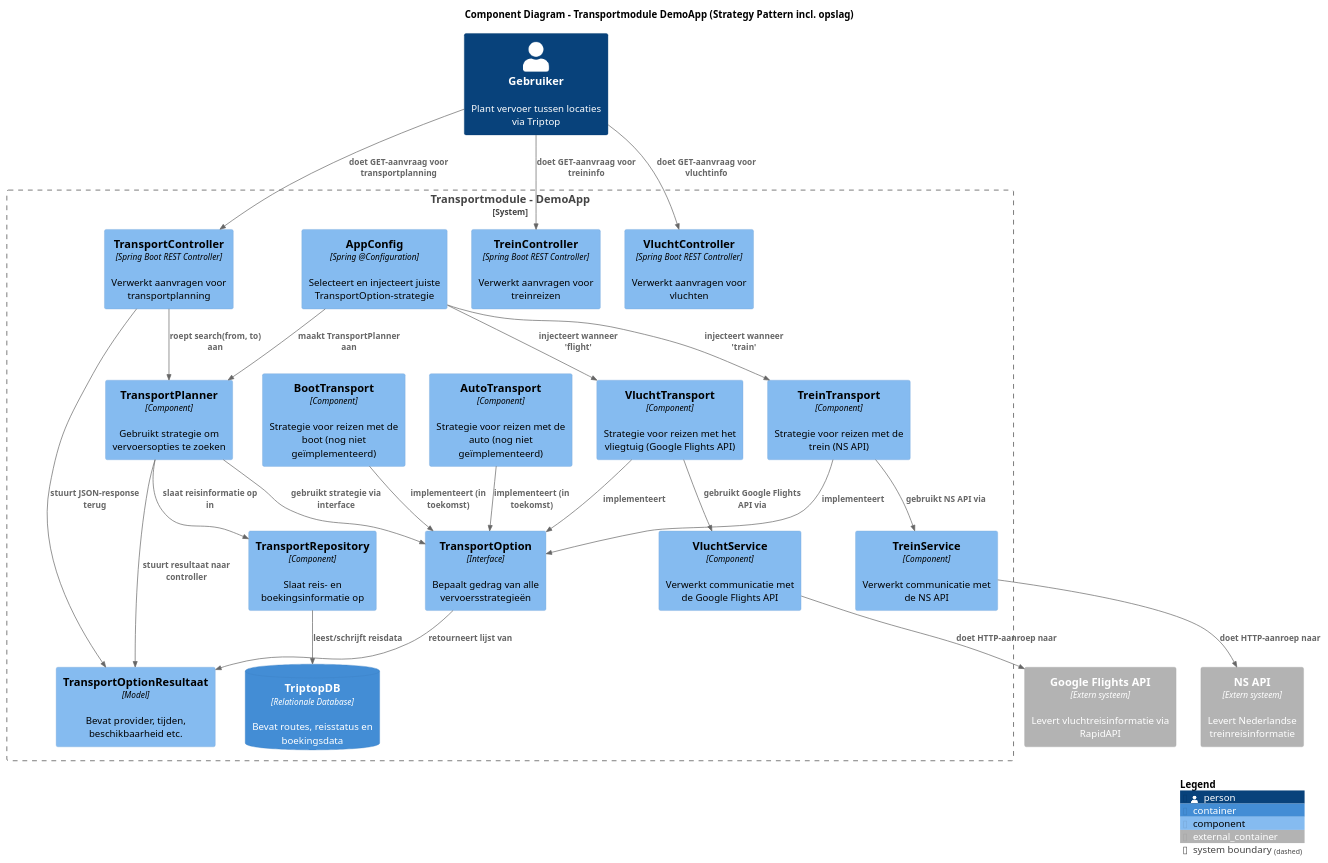
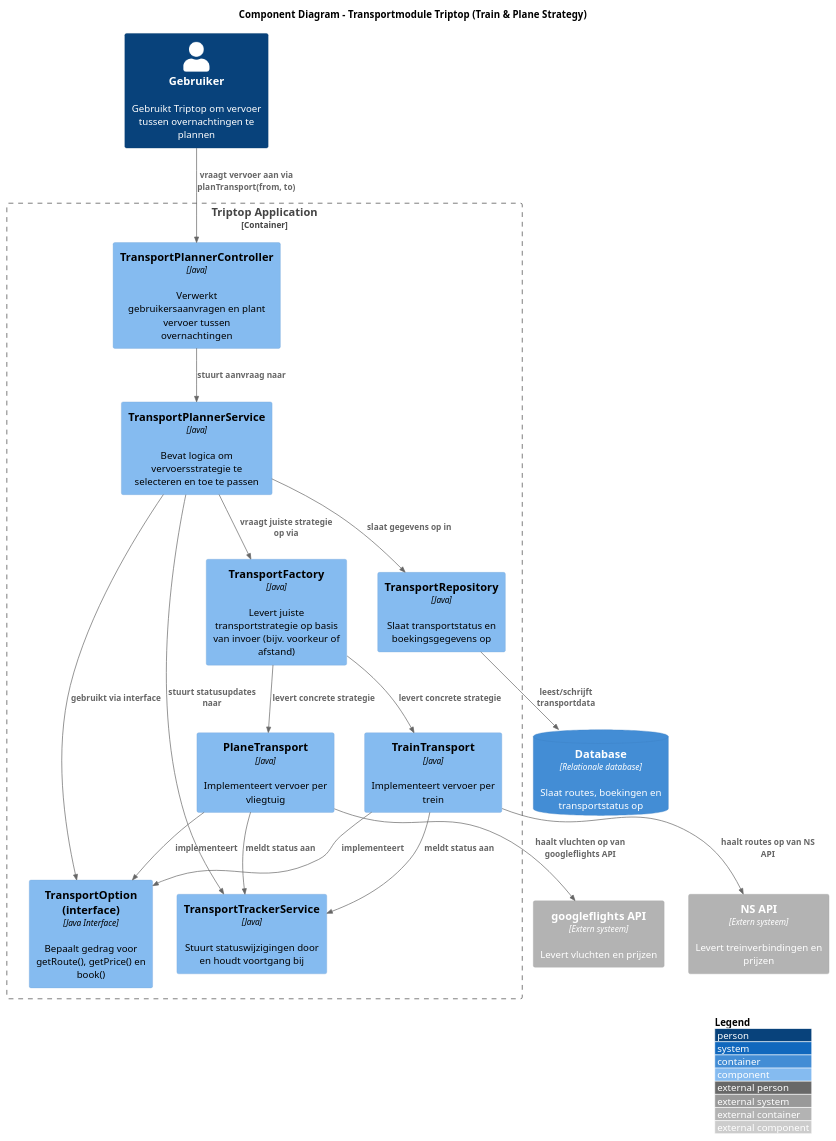
Before and after one commit to AIM-ENE-feb25/triptop-sqr-tech: the diagram in Rick/componentdiagramRick.puml, drawn with PlantUML. The commit also changed 4 other files, not shown here.

```diff
--- a/Rick/componentdiagramRick.puml
+++ b/Rick/componentdiagramRick.puml
@@ -1,87 +1,60 @@
 @startuml
 !include https://raw.githubusercontent.com/plantuml-stdlib/C4-PlantUML/master/C4_Component.puml
+LAYOUT_WITH_LEGEND()
+title Component Diagram – Transportmodule Triptop (Train & Plane Strategy)
 
-title Component Diagram – Transportmodule DemoApp (Strategy Pattern incl. opslag)
+Person(user, "Gebruiker", "Gebruikt Triptop om vervoer tussen overnachtingen te plannen")
 
-' === Actor ===
-Person(user, "Gebruiker", "Plant vervoer tussen locaties via Triptop")
+' Container waarbinnen de componenten bestaan
+Container_Boundary(app, "Triptop Application") {
 
-' === Bounded System: 1 Spring Boot applicatie ===
-System_Boundary(transportSystem, "Transportmodule - DemoApp") {
+  ' Controllers
+  Component(controller, "TransportPlannerController", "Java", "Verwerkt gebruikersaanvragen en plant vervoer tussen overnachtingen")
 
-  ' ===== Controller Layer =====
-  Component(controller, "TransportController", "Spring Boot REST Controller", "Verwerkt aanvragen voor transportplanning")
-  Component(trainCtrl, "TreinController", "Spring Boot REST Controller", "Verwerkt aanvragen voor treinreizen")
-  Component(flightCtrl, "VluchtController", "Spring Boot REST Controller", "Verwerkt aanvragen voor vluchten")
+  ' Services (businesslogica)
+  Component(service, "TransportPlannerService", "Java", "Bevat logica om vervoersstrategie te selecteren en toe te passen")
 
-  ' ===== Service Layer =====
-  Component(plannerService, "TransportPlanner", "Component", "Gebruikt strategie om vervoersopties te zoeken")
+  ' Factory
+  Component(factory, "TransportFactory", "Java", "Levert juiste transportstrategie op basis van invoer (bijv. voorkeur of afstand)")
 
-  ' ===== Repository + Database =====
-  Component(repository, "TransportRepository", "Component", "Slaat reis- en boekingsinformatie op")
-  ContainerDb(database, "TriptopDB", "Relationale Database", "Bevat routes, reisstatus en boekingsdata")
+  ' Transportstrategie-interface
+  Component(interface, "TransportOption (interface)", "Java Interface", "Bepaalt gedrag voor getRoute(), getPrice() en book()")
 
-  ' ===== Configuration Layer =====
-  Component(config, "AppConfig", "Spring @Configuration", "Selecteert en injecteert juiste TransportOption-strategie")
+  ' Concrete strategieën (implementaties)
+  Component(train, "TrainTransport", "Java", "Implementeert vervoer per trein")
+  Component(plane, "PlaneTransport", "Java", "Implementeert vervoer per vliegtuig")
 
-  ' ===== Strategieën & Interface =====
-  Component(strategy, "TransportOption", "Interface", "Bepaalt gedrag van alle vervoersstrategieën")
-
-  Component(trein, "TreinTransport", "Component", "Strategie voor reizen met de trein (NS API)")
-  Component(vlucht, "VluchtTransport", "Component", "Strategie voor reizen met het vliegtuig (Google Flights API)")
-  Component(auto, "AutoTransport", "Component", "Strategie voor reizen met de auto (nog niet geïmplementeerd)")
-  Component(boot, "BootTransport", "Component", "Strategie voor reizen met de boot (nog niet geïmplementeerd)")
-
-  ' ===== API-integratie Services =====
-  Component(treinService, "TreinService", "Component", "Verwerkt communicatie met de NS API")
-  Component(vluchtService, "VluchtService", "Component", "Verwerkt communicatie met de Google Flights API")
-
-  ' ===== Model =====
-  Component(resultaat, "TransportOptionResultaat", "Model", "Bevat provider, tijden, beschikbaarheid etc.")
+  ' Opslag en tracking
+  Component(repo, "TransportRepository", "Java", "Slaat transportstatus en boekingsgegevens op")
+  Component(tracker, "TransportTrackerService", "Java", "Stuurt statuswijzigingen door en houdt voortgang bij")
 }
 
-' ===== Externe systemen =====
-Container_Ext(nsapi, "NS API", "Extern systeem", "Levert Nederlandse treinreisinformatie")
-Container_Ext(googleflightsapi, "Google Flights API", "Extern systeem", "Levert vluchtreisinformatie via RapidAPI")
+' Database
+ContainerDb(database, "Database", "Relationale database", "Slaat routes, boekingen en transportstatus op")
 
-' ===== Gebruiker naar controller =====
-Rel(user, controller, "doet GET-aanvraag voor transportplanning")
-Rel(user, trainCtrl, "doet GET-aanvraag voor treininfo")
-Rel(user, flightCtrl, "doet GET-aanvraag voor vluchtinfo")
+' Externe services (buiten het systeem! alleen wat nodig is)
+Container_Ext(nsapi, "NS API", "Extern systeem", "Levert treinverbindingen en prijzen")
+Container_Ext(googleflightsapi, "googleflights API", "Extern systeem", "Levert vluchten en prijzen")
 
-' ===== Controller naar planner/service laag =====
-Rel(controller, plannerService, "roept search(from, to) aan")
-Rel(plannerService, strategy, "gebruikt strategie via interface")
+' Relaties
+Rel(user, controller, "vraagt vervoer aan via planTransport(from, to)")
+Rel(controller, service, "stuurt aanvraag naar")
+Rel(service, factory, "vraagt juiste strategie op via")
+Rel(factory, train, "levert concrete strategie")
+Rel(factory, plane, "levert concrete strategie")
 
-' ===== Strategie implementaties =====
-Rel(trein, strategy, "implementeert")
-Rel(vlucht, strategy, "implementeert")
-Rel(auto, strategy, "implementeert (in toekomst)")
-Rel(boot, strategy, "implementeert (in toekomst)")
+Rel(train, interface, "implementeert")
+Rel(plane, interface, "implementeert")
+Rel(service, interface, "gebruikt via interface")
 
-' ===== Config injecteert strategieën en planner =====
-Rel(config, plannerService, "maakt TransportPlanner aan")
-Rel(config, trein, "injecteert wanneer 'train'")
-Rel(config, vlucht, "injecteert wanneer 'flight'")
+Rel(service, repo, "slaat gegevens op in")
+Rel(repo, database, "leest/schrijft transportdata")
+Rel(service, tracker, "stuurt statusupdates naar")
 
-' ===== Strategie gebruikt service voor API-aanroepen =====
-Rel(trein, treinService, "gebruikt NS API via")
-Rel(vlucht, vluchtService, "gebruikt Google Flights API via")
+Rel(train, tracker, "meldt status aan")
+Rel(plane, tracker, "meldt status aan")
 
-' ===== Services communiceren met externe APIs =====
-Rel(treinService, nsapi, "doet HTTP-aanroep naar")
-Rel(vluchtService, googleflightsapi, "doet HTTP-aanroep naar")
+Rel(train, nsapi, "haalt routes op van NS API")
+Rel(plane, googleflightsapi, "haalt vluchten op van googleflights API")
 
-' ===== Opslaglaag =====
-Rel(plannerService, repository, "slaat reisinformatie op in")
-Rel(repository, database, "leest/schrijft reisdata")
-
-' ===== Resultaatmodel stroom =====
-Rel(strategy, resultaat, "retourneert lijst van")
-Rel(plannerService, resultaat, "stuurt resultaat naar controller")
-Rel(controller, resultaat, "stuurt JSON-response terug")
-
-' === Legenda ===
-' Voeg een blok toe onderaan het diagram
-SHOW_LEGEND()
 @enduml
```
